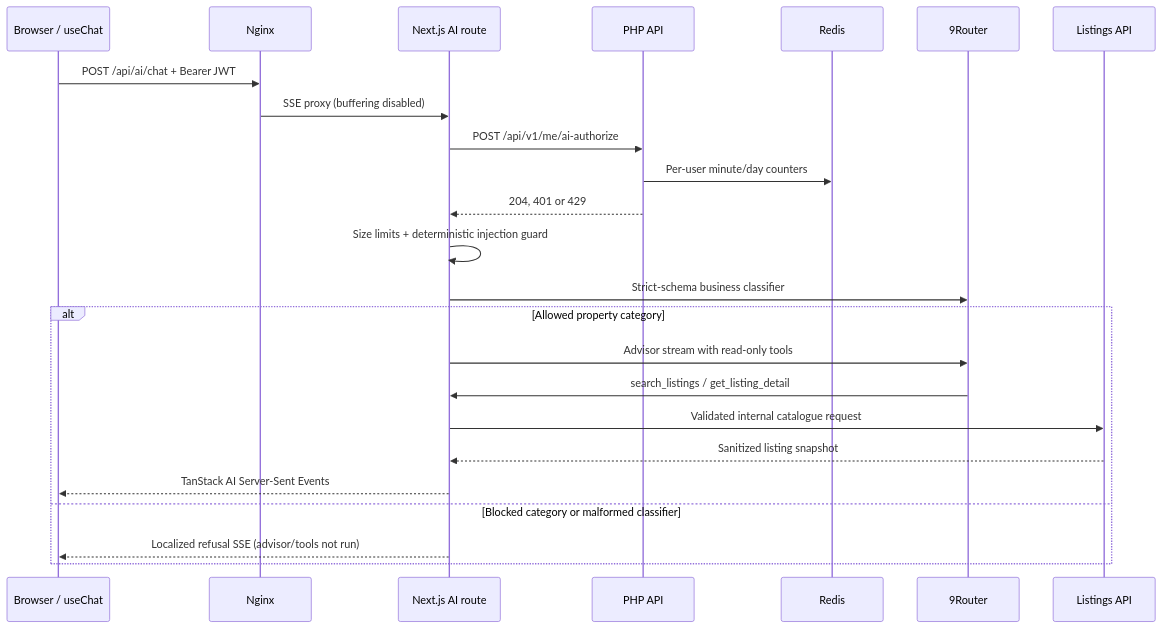
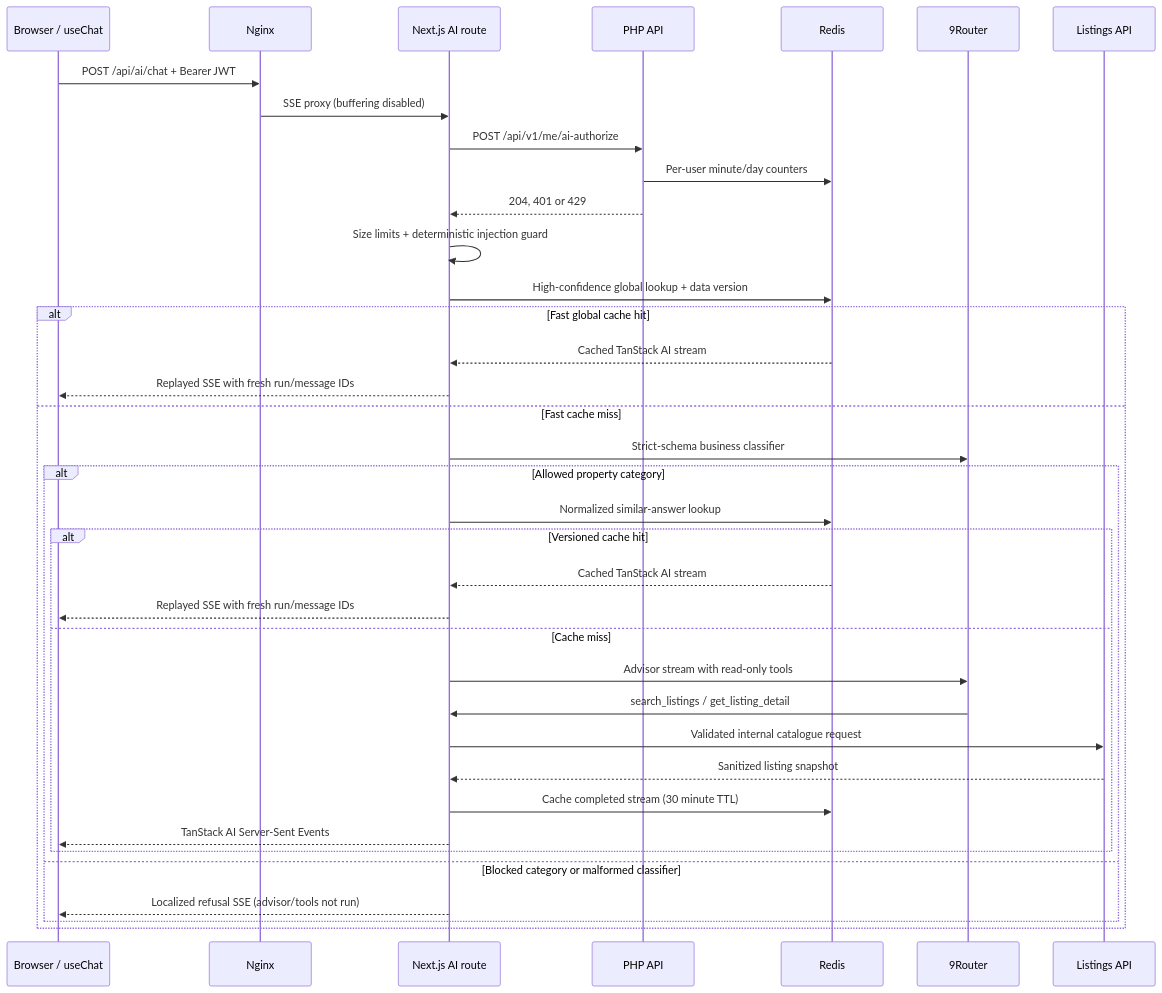
One commit to LangPhan/homescope-sg changed the diagram in docs/ai-advisor.md. Above: the diagram before and after it, drawn with Mermaid. The commit also changed other lines of this file and 8 other files, not shown here.

Commit message:
feat(ai): add shared versioned response cache

````diff
--- a/docs/ai-advisor.md
+++ b/docs/ai-advisor.md
@@ -5,27 +5,40 @@
 ```mermaid
 sequenceDiagram
   participant B as Browser / useChat
   participant N as Nginx
   participant W as Next.js AI route
   participant P as PHP API
   participant R as Redis
   participant A as 9Router
   participant L as Listings API
 
   B->>N: POST /api/ai/chat + Bearer JWT
   N->>W: SSE proxy (buffering disabled)
   W->>P: POST /api/v1/me/ai-authorize
   P->>R: Per-user minute/day counters
   P-->>W: 204, 401 or 429
   W->>W: Size limits + deterministic injection guard
-  W->>A: Strict-schema business classifier
-  alt Allowed property category
-    W->>A: Advisor stream with read-only tools
-    A->>W: search_listings / get_listing_detail
-    W->>L: Validated internal catalogue request
-    L-->>W: Sanitized listing snapshot
-    W-->>B: TanStack AI Server-Sent Events
-  else Blocked category or malformed classifier
-    W-->>B: Localized refusal SSE (advisor/tools not run)
+  W->>R: High-confidence global lookup + data version
+  alt Fast global cache hit
+    R-->>W: Cached TanStack AI stream
+    W-->>B: Replayed SSE with fresh run/message IDs
+  else Fast cache miss
+    W->>A: Strict-schema business classifier
+    alt Allowed property category
+      W->>R: Normalized similar-answer lookup
+      alt Versioned cache hit
+        R-->>W: Cached TanStack AI stream
+        W-->>B: Replayed SSE with fresh run/message IDs
+      else Cache miss
+        W->>A: Advisor stream with read-only tools
+        A->>W: search_listings / get_listing_detail
+        W->>L: Validated internal catalogue request
+        L-->>W: Sanitized listing snapshot
+        W->>R: Cache completed stream (30 minute TTL)
+        W-->>B: TanStack AI Server-Sent Events
+      end
+    else Blocked category or malformed classifier
+      W-->>B: Localized refusal SSE (advisor/tools not run)
+    end
   end
 ```
````
